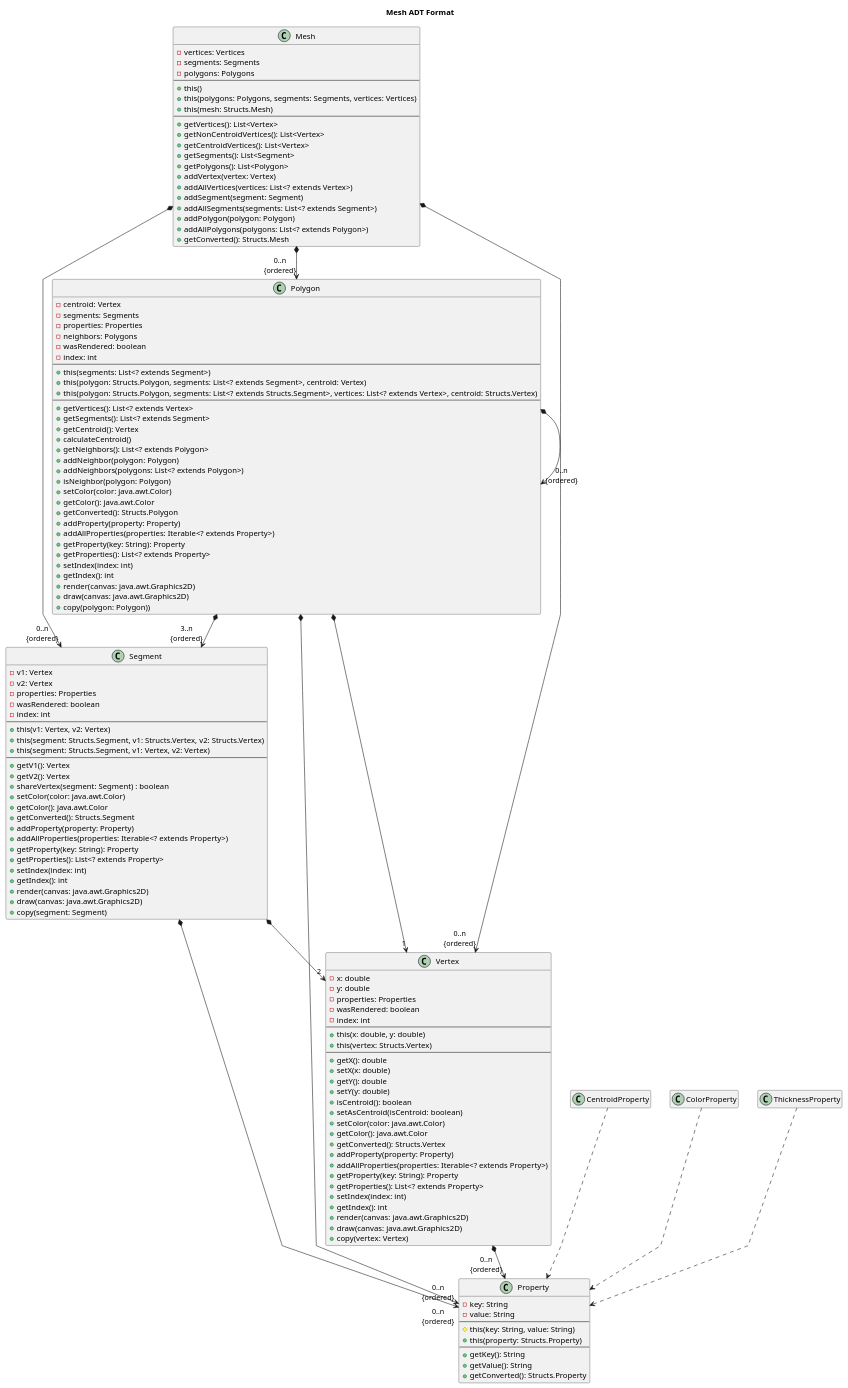
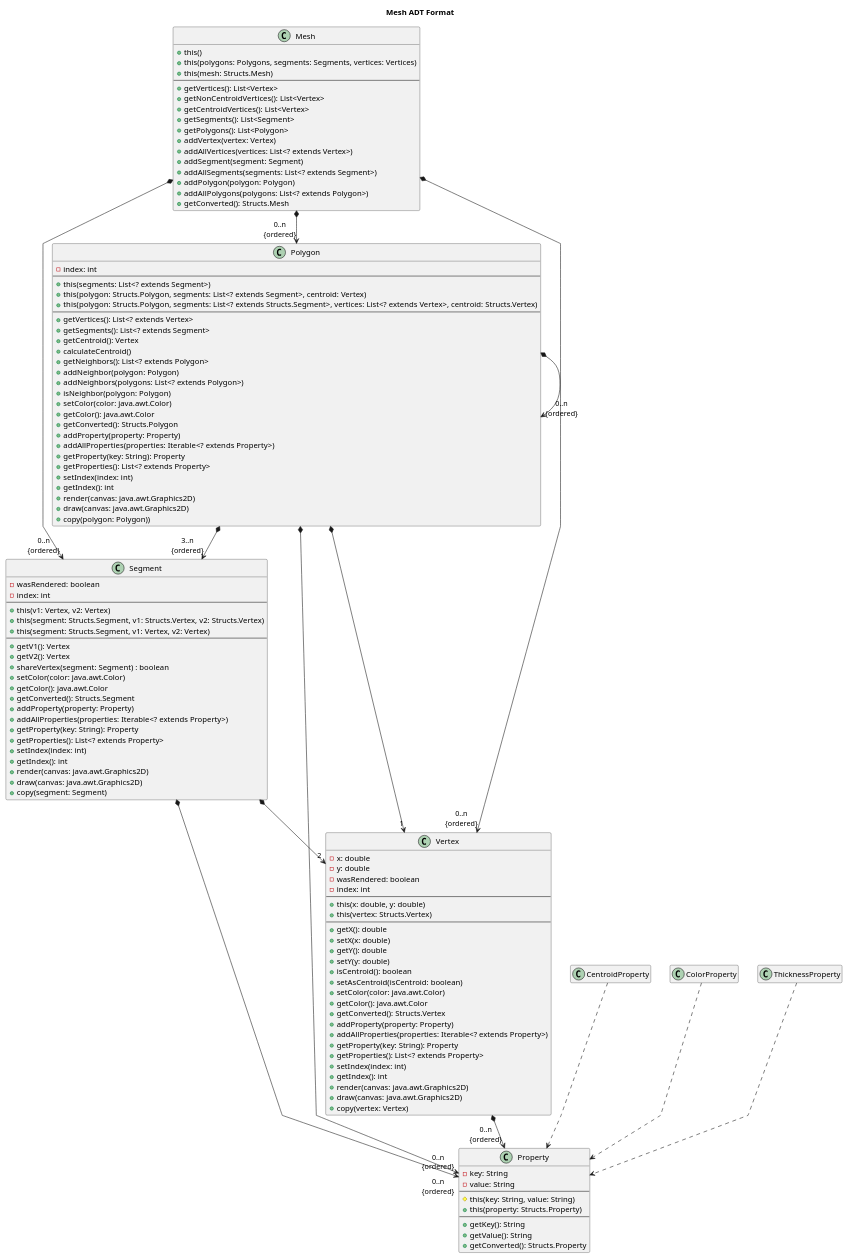
Before and after one commit to Sceptres/Island-Generator: the diagram in mesh/src/main/puml/class_diag.puml, drawn with PlantUML. The commit also changed 2 other files, not shown here.

Commit message:
Fix up UML to remove references

```diff
--- a/mesh/src/main/puml/class_diag.puml
+++ b/mesh/src/main/puml/class_diag.puml
@@ -1,157 +1,144 @@
 @startuml
 
 hide empty members
 skinparam linetype polyline
 
 title "Mesh ADT Format"
 
 class Mesh {
-    - vertices: Vertices
-    - segments: Segments
-    - polygons: Polygons
-    ---
     + this()
     + this(polygons: Polygons, segments: Segments, vertices: Vertices)
     + this(mesh: Structs.Mesh)
     ---
     + getVertices(): List<Vertex>
     + getNonCentroidVertices(): List<Vertex>
     + getCentroidVertices(): List<Vertex>
     + getSegments(): List<Segment>
     + getPolygons(): List<Polygon>
     + addVertex(vertex: Vertex)
     + addAllVertices(vertices: List<? extends Vertex>)
     + addSegment(segment: Segment)
     + addAllSegments(segments: List<? extends Segment>)
     + addPolygon(polygon: Polygon)
     + addAllPolygons(polygons: List<? extends Polygon>)
     + getConverted(): Structs.Mesh
 }
 
 class Polygon {
-    - centroid: Vertex
-    - segments: Segments
-    - properties: Properties
-    - neighbors: Polygons
-    - wasRendered: boolean
     - index: int
     ---
     + this(segments: List<? extends Segment>)
     + this(polygon: Structs.Polygon, segments: List<? extends Segment>, centroid: Vertex)
     + this(polygon: Structs.Polygon, segments: List<? extends Structs.Segment>, vertices: List<? extends Vertex>, centroid: Structs.Vertex)
     ---
     + getVertices(): List<? extends Vertex>
     + getSegments(): List<? extends Segment>
     + getCentroid(): Vertex
     + calculateCentroid()
     + getNeighbors(): List<? extends Polygon>
     + addNeighbor(polygon: Polygon)
     + addNeighbors(polygons: List<? extends Polygon>)
     + isNeighbor(polygon: Polygon)
     + setColor(color: java.awt.Color)
     + getColor(): java.awt.Color
     + getConverted(): Structs.Polygon
     + addProperty(property: Property)
     + addAllProperties(properties: Iterable<? extends Property>)
     + getProperty(key: String): Property
     + getProperties(): List<? extends Property>
     + setIndex(index: int)
     + getIndex(): int
     + render(canvas: java.awt.Graphics2D)
     + draw(canvas: java.awt.Graphics2D)
     + copy(polygon: Polygon))
 }
 
 class Segment {
-    - v1: Vertex
-    - v2: Vertex
-    - properties: Properties
     - wasRendered: boolean
     - index: int
     ---
     + this(v1: Vertex, v2: Vertex)
     + this(segment: Structs.Segment, v1: Structs.Vertex, v2: Structs.Vertex)
     + this(segment: Structs.Segment, v1: Vertex, v2: Vertex)
     ---
     + getV1(): Vertex
     + getV2(): Vertex
     + shareVertex(segment: Segment) : boolean
     + setColor(color: java.awt.Color)
     + getColor(): java.awt.Color
     + getConverted(): Structs.Segment
     + addProperty(property: Property)
     + addAllProperties(properties: Iterable<? extends Property>)
     + getProperty(key: String): Property
     + getProperties(): List<? extends Property>
     + setIndex(index: int)
     + getIndex(): int
     + render(canvas: java.awt.Graphics2D)
     + draw(canvas: java.awt.Graphics2D)
     + copy(segment: Segment)
 }
 
 class Vertex {
     - x: double
     - y: double
-    - properties: Properties
     - wasRendered: boolean
     - index: int
     ---
     + this(x: double, y: double)
     + this(vertex: Structs.Vertex)
     ---
     + getX(): double
     + setX(x: double)
     + getY(): double
     + setY(y: double)
     + isCentroid(): boolean
     + setAsCentroid(isCentroid: boolean)
     + setColor(color: java.awt.Color)
     + getColor(): java.awt.Color
     + getConverted(): Structs.Vertex
     + addProperty(property: Property)
     + addAllProperties(properties: Iterable<? extends Property>)
     + getProperty(key: String): Property
     + getProperties(): List<? extends Property>
     + setIndex(index: int)
     + getIndex(): int
     + render(canvas: java.awt.Graphics2D)
     + draw(canvas: java.awt.Graphics2D)
     + copy(vertex: Vertex)
 }
 
 class Property {
     - key: String
     - value: String
     ---
     # this(key: String, value: String)
     + this(property: Structs.Property)
     ---
     + getKey(): String
     + getValue(): String
     + getConverted(): Structs.Property
 }
 
 class CentroidProperty {}
 class ColorProperty {}
 class ThicknessProperty {}
 
 Vertex *--> "0..n\n{ordered}"  Property
 Segment *--> "0..n\n{ordered}" Property
 Polygon *--> "0..n\n{ordered}" Property
 
 Mesh *--> "0..n\n{ordered}" Polygon
 Mesh *--> "0..n\n{ordered}" Segment
 Mesh *--> "0..n\n{ordered}" Vertex
 
 Polygon *--> "1" Vertex
 Polygon *--> "3..n\n{ordered}" Segment
 Polygon *--> "0..n\n{ordered}" Polygon
 
 Segment *--> "2" Vertex
 
 CentroidProperty -[dashed]-> Property
 ColorProperty -[dashed]-> Property
 ThicknessProperty -[dashed]-> Property
 
 @enduml
```
